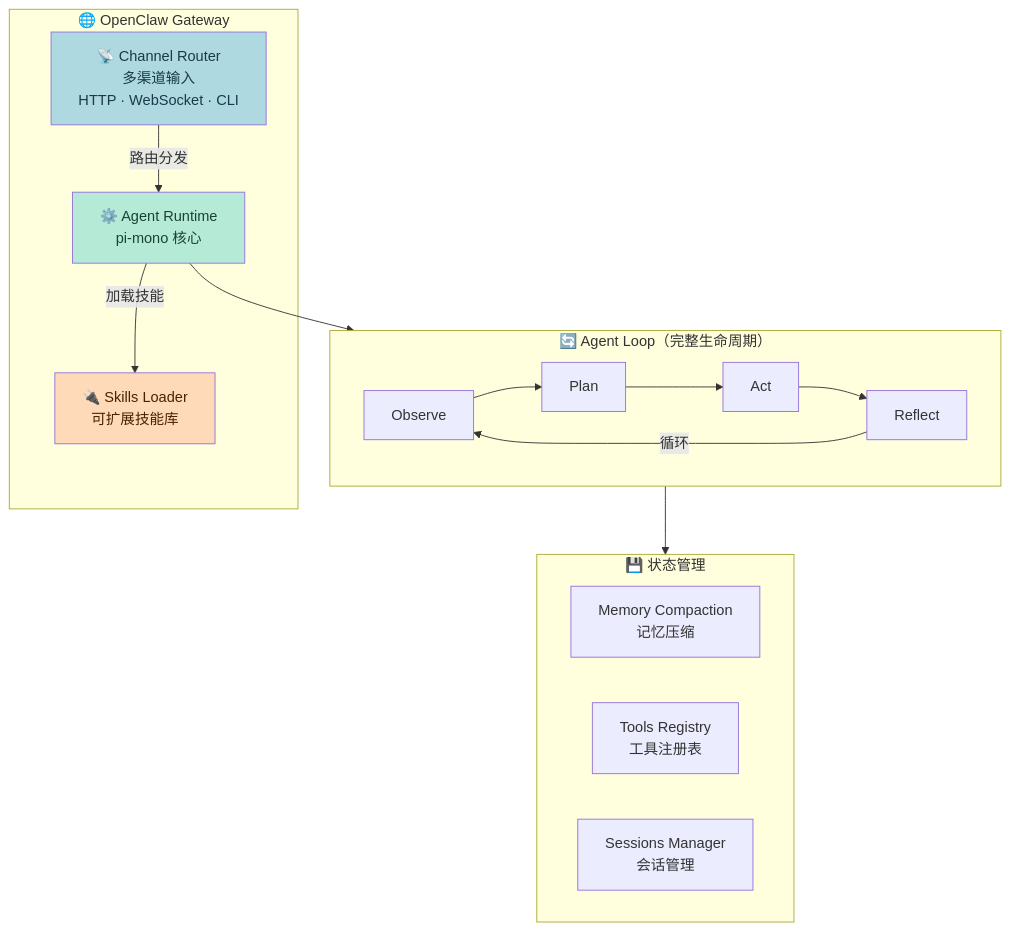
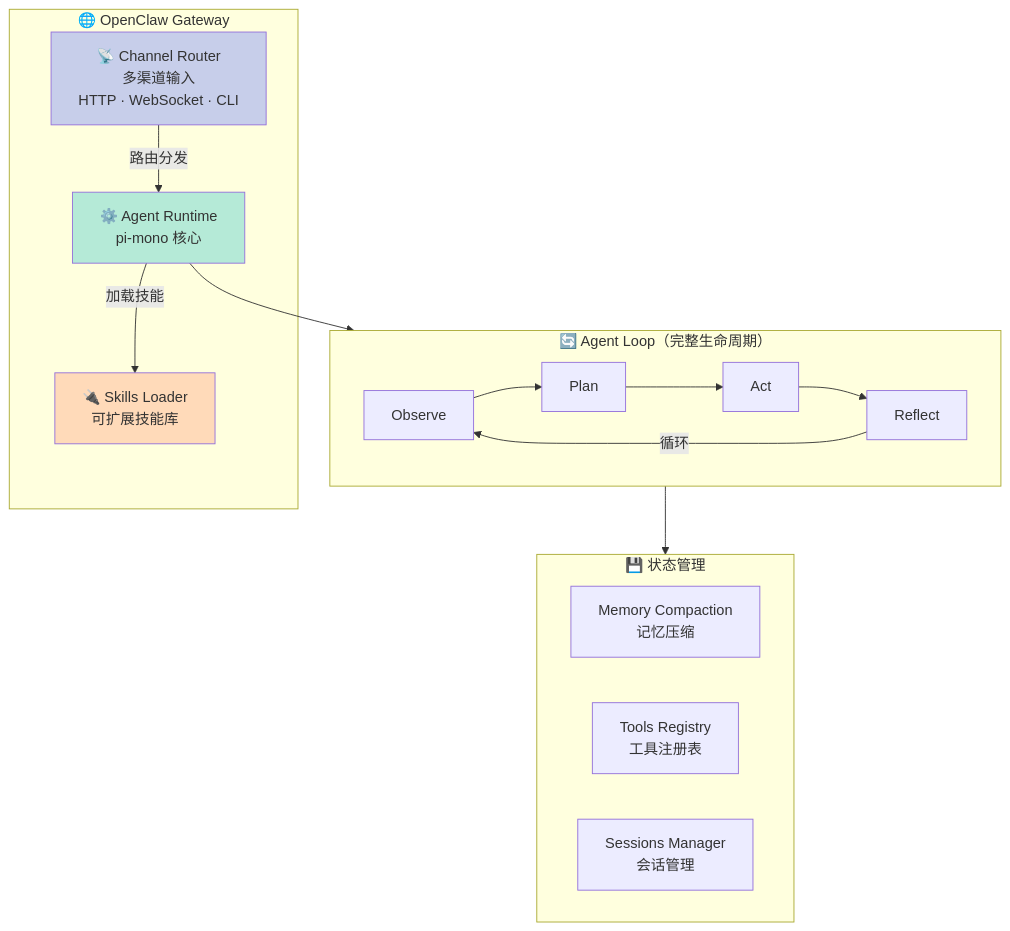
Before and after one commit to xuqi2024/xuqi2024.github.io: the fourth of 5 diagrams in source/_posts/2026-04-14-ai-agent-principles-and-practice.md, drawn with Mermaid. The commit also changed other lines of this file and 23 other files, not shown here.

````diff
--- a/source/_posts/2026-04-14-ai-agent-principles-and-practice.md
+++ b/source/_posts/2026-04-14-ai-agent-principles-and-practice.md
@@ -806,30 +807,30 @@
 ```mermaid
 graph TD
     subgraph GW["🌐 OpenClaw Gateway"]
         CR["📡 Channel Router<br/>多渠道输入<br/>HTTP · WebSocket · CLI"]
         AR["⚙️ Agent Runtime<br/>pi-mono 核心"]
         SL["🔌 Skills Loader<br/>可扩展技能库"]
 
         CR -->|"路由分发"| AR
         AR -->|"加载技能"| SL
     end
 
     subgraph AL["🔄 Agent Loop（完整生命周期）"]
         direction LR
         OB2["Observe"] --> PL2["Plan"] --> AC2["Act"] --> RF2["Reflect"]
         RF2 -->|"循环"| OB2
     end
 
     subgraph ST["💾 状态管理"]
         MC["Memory Compaction<br/>记忆压缩"]
         TR["Tools Registry<br/>工具注册表"]
         SM["Sessions Manager<br/>会话管理"]
     end
 
     AR --> AL
     AL --> ST
 
-    style CR fill:#AED9E0,color:#1A3A4A
-    style AR fill:#B5EAD7,color:#1B4332
-    style SL fill:#FFDAB9,color:#4A2200
+    style CR fill:#C7CEEA,color:#333
+    style AR fill:#B5EAD7,color:#333
+    style SL fill:#FFDAB9,color:#333
 ```
````
